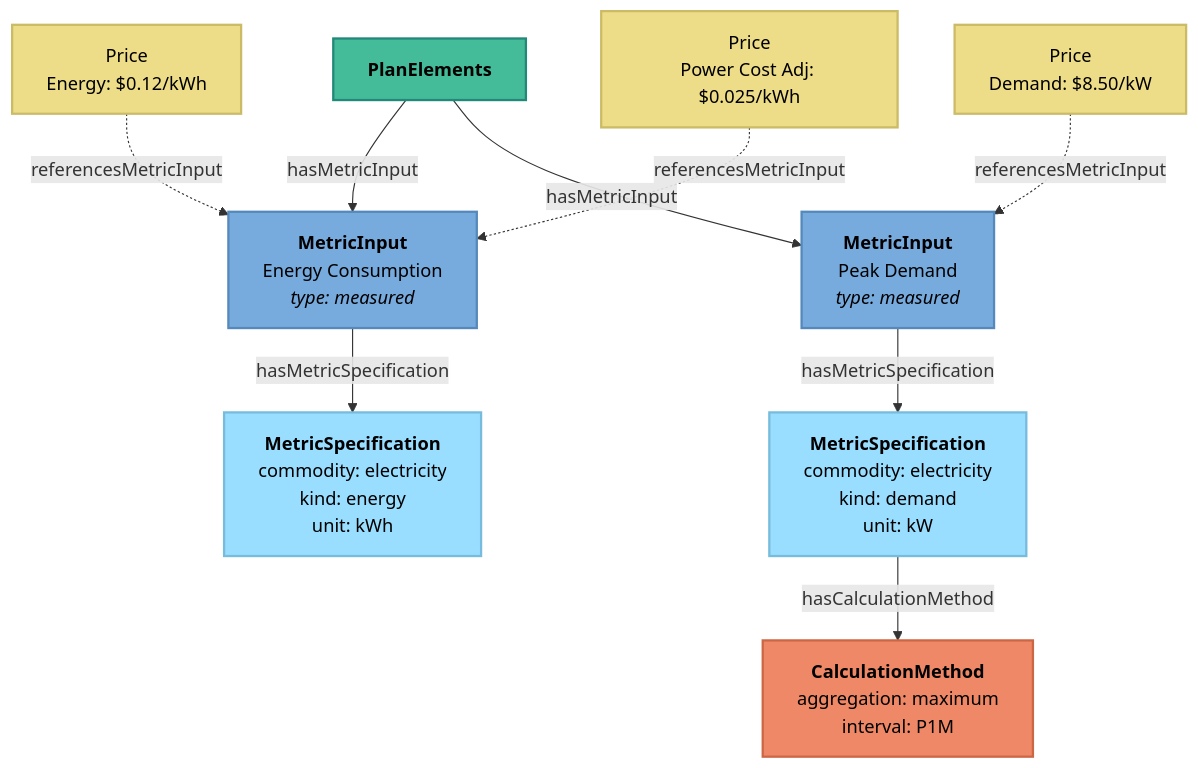
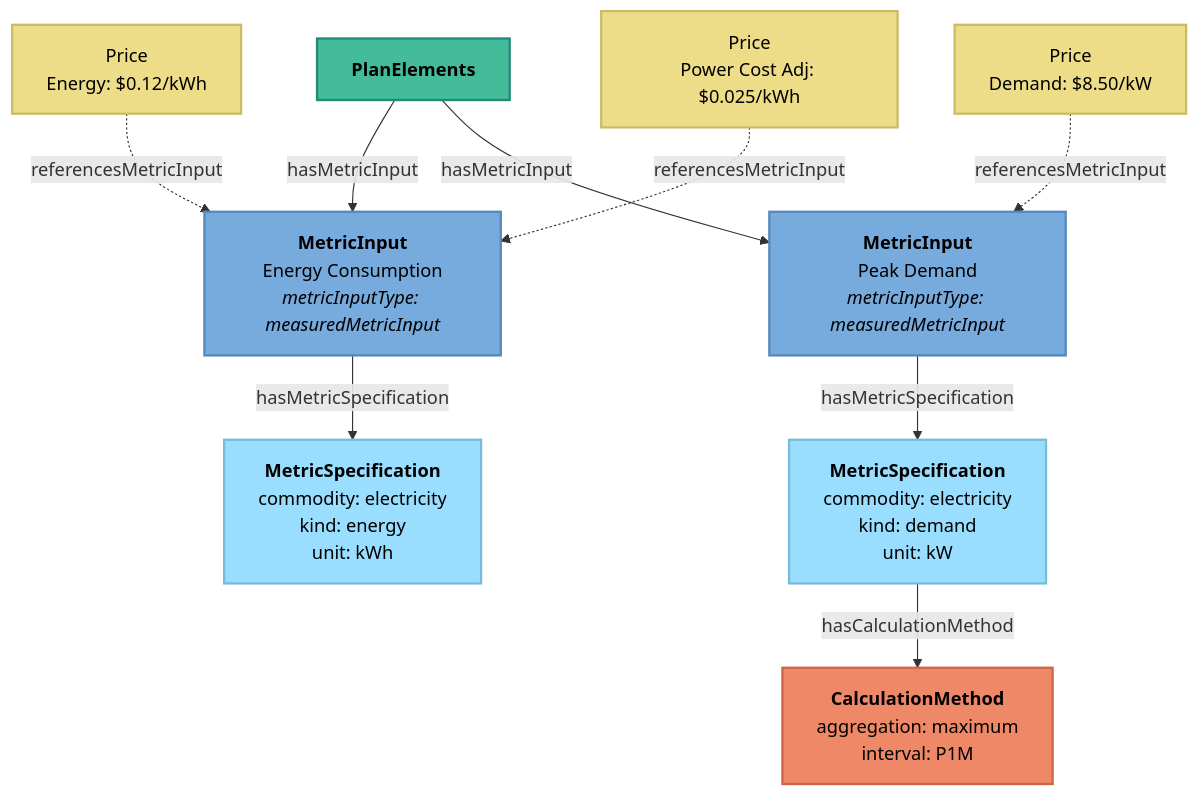
The third of 5 diagrams in documentation/pages/urpx-tutorial.md (urpx-org/urpx), drawn with Mermaid before and after one commit. The commit also changed other lines of this file and 5 other files, not shown here.

````diff
--- a/documentation/pages/urpx-tutorial.md
+++ b/documentation/pages/urpx-tutorial.md
@@ -398,39 +398,39 @@
 ```mermaid
 
 graph TB
     PE["<b>PlanElements</b>"]
 
-    MI1["<b>MetricInput</b><br/>Energy Consumption<br/><i>type: measured</i>"]
-    MI2["<b>MetricInput</b><br/>Peak Demand<br/><i>type: measured</i>"]
+    MI1["<b>MetricInput</b><br/>Energy Consumption<br/><i>metricInputType: measuredMetricInput</i>"]
+    MI2["<b>MetricInput</b><br/>Peak Demand<br/><i>metricInputType: measuredMetricInput</i>"]
 
     MS1["<b>MetricSpecification</b><br/>commodity: electricity<br/>kind: energy<br/>unit: kWh"]
     MS2["<b>MetricSpecification</b><br/>commodity: electricity<br/>kind: demand<br/>unit: kW"]
 
     CM1["<b>CalculationMethod</b><br/>aggregation: maximum<br/>interval: P1M"]
 
     P1["Price<br/>Energy: $0.12/kWh"]
     P2["Price<br/>Demand: $8.50/kW"]
     P3["Price<br/>Power Cost Adj: $0.025/kWh"]
 
     PE -->|"hasMetricInput"| MI1
     PE -->|"hasMetricInput"| MI2
     MI1 -->|"hasMetricSpecification"| MS1
     MI2 -->|"hasMetricSpecification"| MS2
     MS2 -->|"hasCalculationMethod"| CM1
 
     P1 -.->|"referencesMetricInput"| MI1
     P3 -.->|"referencesMetricInput"| MI1
     P2 -.->|"referencesMetricInput"| MI2
 
     classDef elemClass fill:#44BB99,stroke:#228877,stroke-width:2px,color:#000
     classDef metricClass fill:#77AADD,stroke:#5588BB,stroke-width:2px,color:#000
     classDef specClass fill:#99DDFF,stroke:#77BBDD,stroke-width:2px,color:#000
     classDef priceClass fill:#EEDD88,stroke:#CCBB66,stroke-width:2px,color:#000
     classDef calcClass fill:#EE8866,stroke:#CC6644,stroke-width:2px,color:#000
 
     class PE elemClass
     class MI1,MI2 metricClass
     class MS1,MS2 specClass
     class CM1 calcClass
     class P1,P2,P3 priceClass
 ```
````
